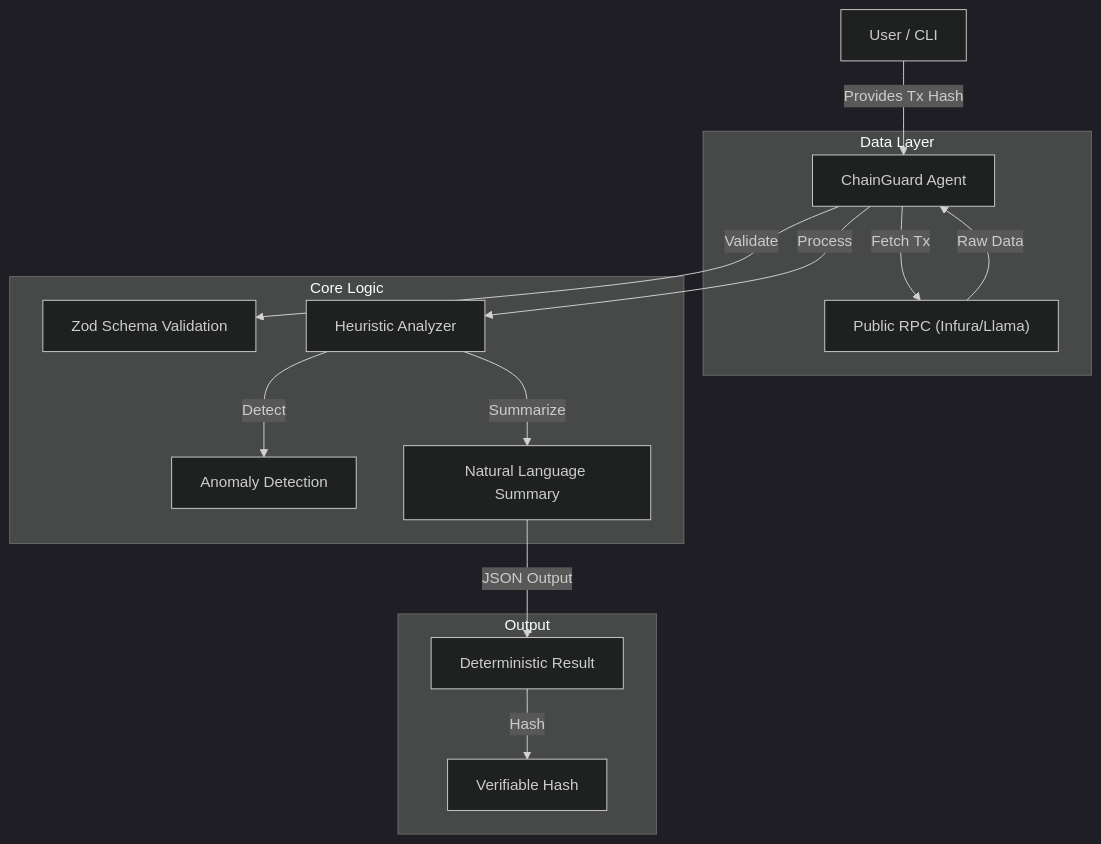
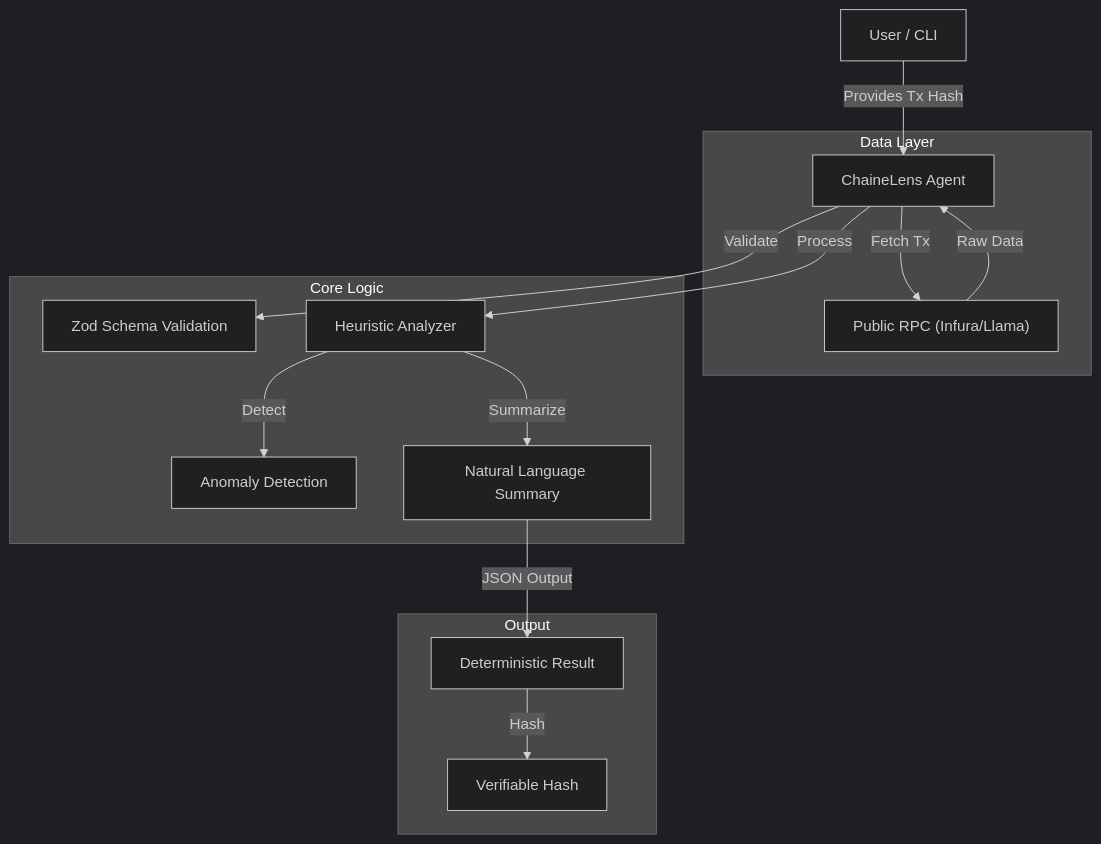
The diagram in README.md (faishaldev/chainlens-ai), drawn with Mermaid (dark theme) before and after one commit. The commit also changed other lines of this file, not shown here.

````diff
--- a/README.md
+++ b/README.md
@@ -20,21 +20,21 @@
 ```mermaid
 graph TD
-    User[User / CLI] -->|Provides Tx Hash| Agent[ChainGuard Agent]
+    User[User / CLI] -->|Provides Tx Hash| Agent[ChaineLens Agent]
     
     subgraph "Data Layer"
         Agent -->|Fetch Tx| RPC["Public RPC (Infura/Llama)"]
         RPC -->|Raw Data| Agent
     end
     
     subgraph "Core Logic"
         Agent -->|Validate| Validator[Zod Schema Validation]
         Agent -->|Process| Analyzer[Heuristic Analyzer]
         Analyzer -->|Detect| Anomalies[Anomaly Detection]
         Analyzer -->|Summarize| Summary[Natural Language Summary]
     end
     
     subgraph "Output"
         Summary -->|JSON Output| Final[Deterministic Result]
         Final -->|Hash| ContentHash[Verifiable Hash]
     end
 ```
````
